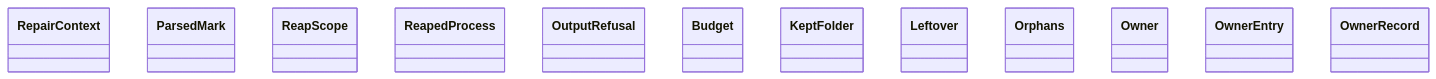
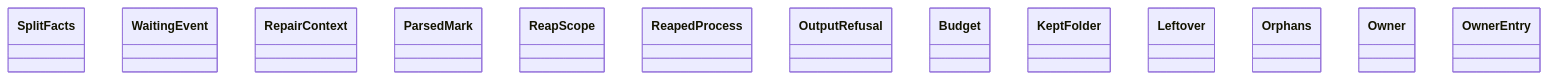
One commit to GonzaloZevallos/agentic-system changed the diagram in docs/architecture/generated/classes-process-domain-machine-2.md. Above: the diagram before and after it, drawn with Mermaid. The commit also changed other lines of this file and 5 other files, not shown here.

````diff
--- a/docs/architecture/generated/classes-process-domain-machine-2.md
+++ b/docs/architecture/generated/classes-process-domain-machine-2.md
@@ -33,15 +33,16 @@
 ```mermaid
 classDiagram
+    class notify__SplitFacts["SplitFacts"]
+    class notify__WaitingEvent["WaitingEvent"]
     class output_repair__RepairContext["RepairContext"]
     class reaping__ParsedMark["ParsedMark"]
     class reaping__ReapScope["ReapScope"]
     class reaping__ReapedProcess["ReapedProcess"]
     class refusal__OutputRefusal["OutputRefusal"]
     class retakes__Budget["Budget"]
     class scratch__KeptFolder["KeptFolder"]
     class scratch__Leftover["Leftover"]
     class scratch__Orphans["Orphans"]
     class scratch__Owner["Owner"]
     class scratch__OwnerEntry["OwnerEntry"]
-    class scratch__OwnerRecord["OwnerRecord"]
 ```
````
